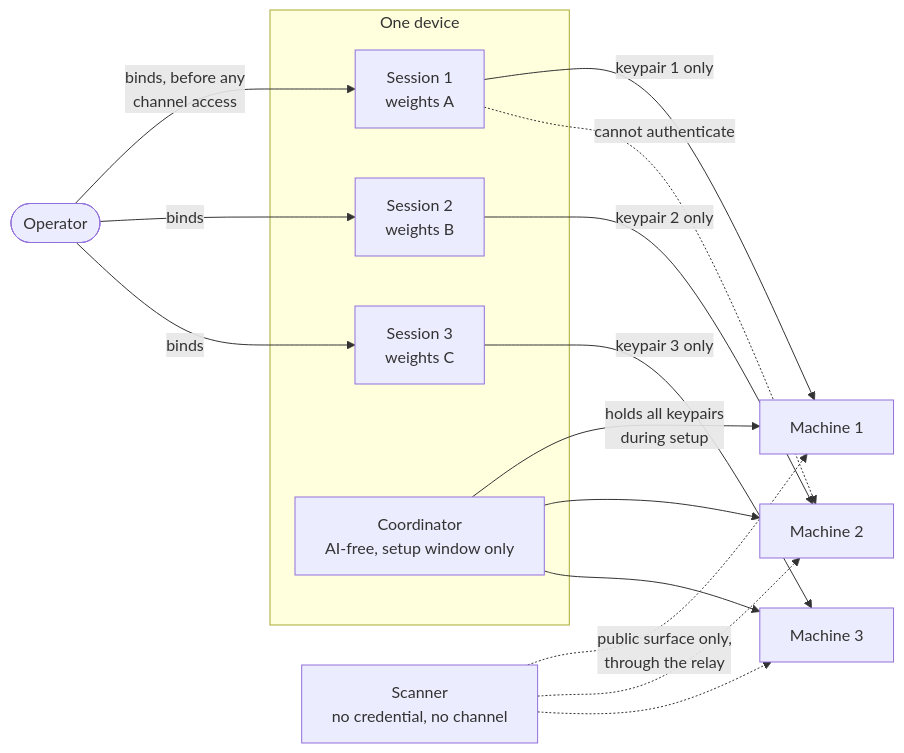
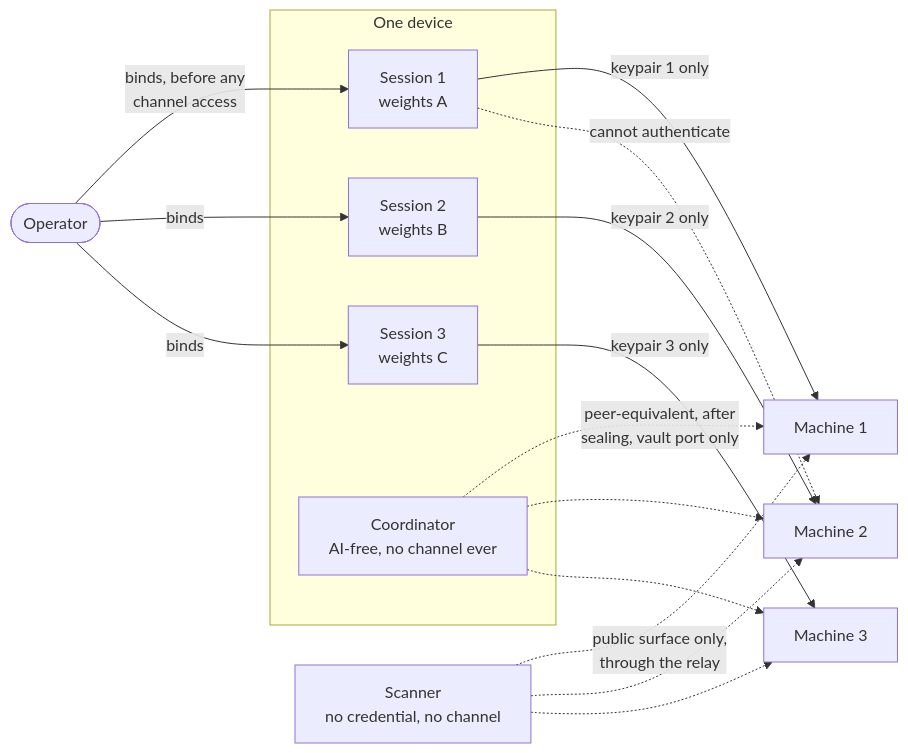
One commit to douglaz/tau-web-spec changed the second of 3 diagrams in 01-architecture.md. Above: the diagram before and after it, drawn with Mermaid. The commit also changed other lines of this file and 9 other files, not shown here.

````diff
--- a/01-architecture.md
+++ b/01-architecture.md
@@ -243,22 +243,22 @@
 ```mermaid
 flowchart LR
     OP([Operator]) -->|"binds, before any<br/>channel access"| S1
     OP -->|binds| S2
     OP -->|binds| S3
     subgraph DEV["One device"]
         S1["Session 1<br/>weights A"]
         S2["Session 2<br/>weights B"]
         S3["Session 3<br/>weights C"]
-        CO["Coordinator<br/>AI-free, setup window only"]
+        CO["Coordinator<br/>AI-free, no channel ever"]
     end
     S1 -->|"keypair 1 only"| M1["Machine 1"]
     S2 -->|"keypair 2 only"| M2["Machine 2"]
     S3 -->|"keypair 3 only"| M3["Machine 3"]
     S1 -.->|"cannot authenticate"| M2
-    CO -->|"holds all keypairs<br/>during setup"| M1
-    CO --> M2
-    CO --> M3
+    CO -.->|"peer-equivalent, after<br/>sealing, vault port only"| M1
+    CO -.-> M2
+    CO -.-> M3
     SC["Scanner<br/>no credential, no channel"] -.->|"public surface only,<br/>through the relay"| M1
     SC -.-> M2
     SC -.-> M3
 ```
````
